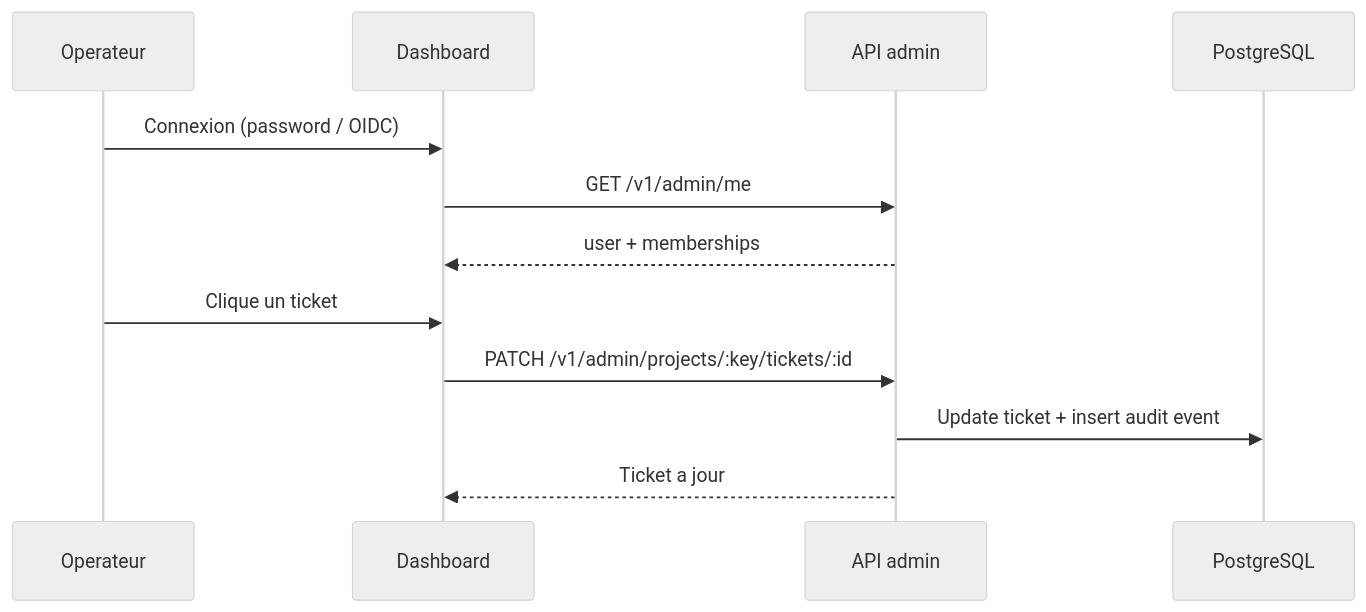
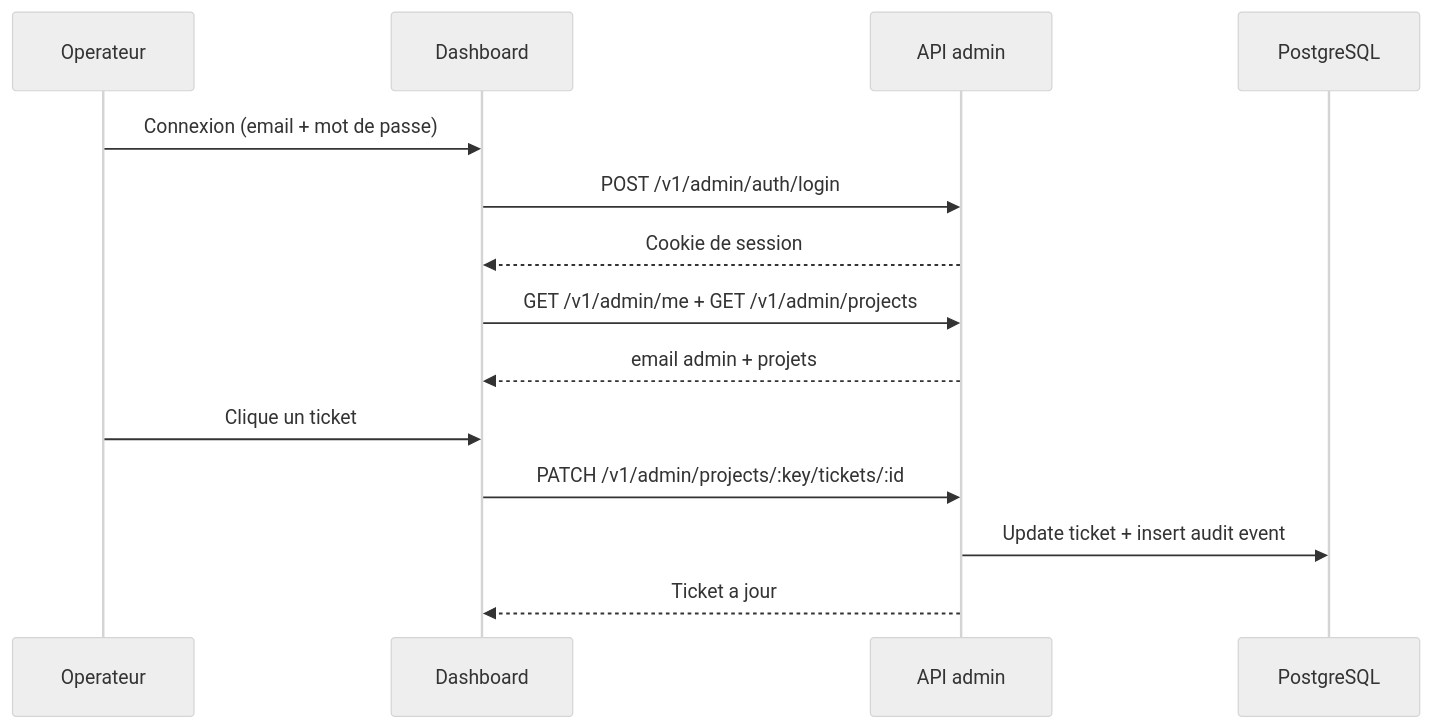
One commit to Wifsimster/koe changed the second of 2 diagrams in docs/statut-dashboard.md. Above: the diagram before and after it, drawn with Mermaid (neutral theme). The commit also changed other lines of this file and 4 other files, not shown here.

First line of the commit message:
docs: align auth and dashboard docs with single-admin code (#83)

````diff
--- a/docs/statut-dashboard.md
+++ b/docs/statut-dashboard.md
@@ -44,14 +45,16 @@
 ```mermaid
 sequenceDiagram
     participant O as Operateur
     participant D as Dashboard
     participant A as API admin
     participant DB as PostgreSQL
-    O->>D: Connexion (password / OIDC)
-    D->>A: GET /v1/admin/me
-    A-->>D: user + memberships
+    O->>D: Connexion (email + mot de passe)
+    D->>A: POST /v1/admin/auth/login
+    A-->>D: Cookie de session
+    D->>A: GET /v1/admin/me + GET /v1/admin/projects
+    A-->>D: email admin + projets
     O->>D: Clique un ticket
     D->>A: PATCH /v1/admin/projects/:key/tickets/:id
     A->>DB: Update ticket + insert audit event
     A-->>D: Ticket a jour
 ```
````
